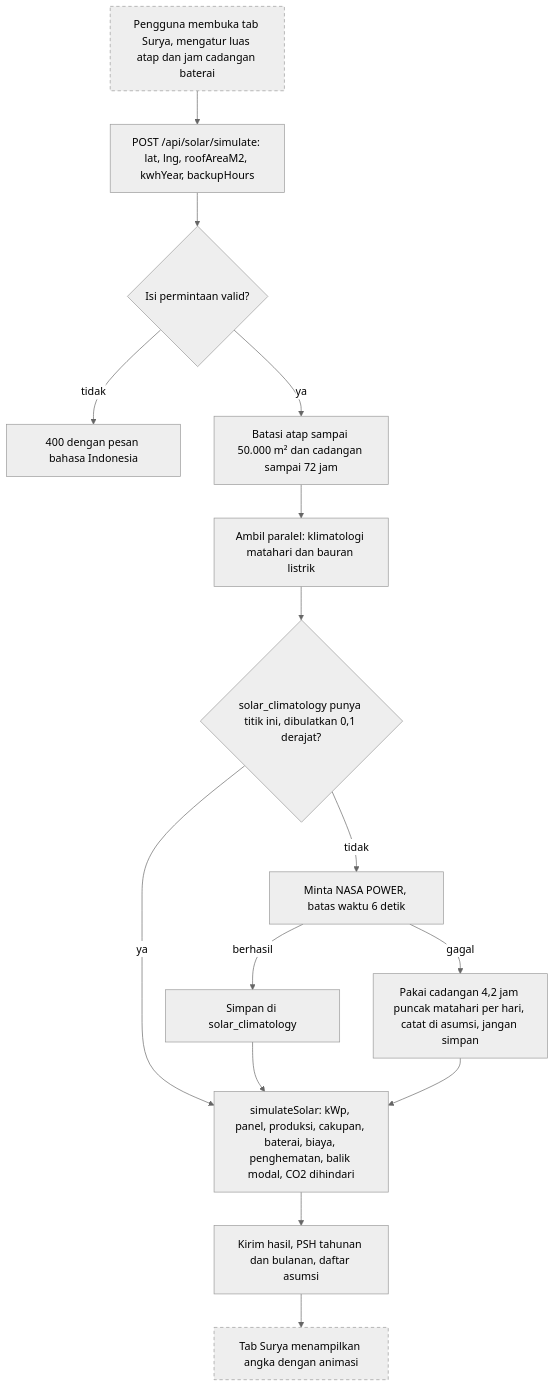
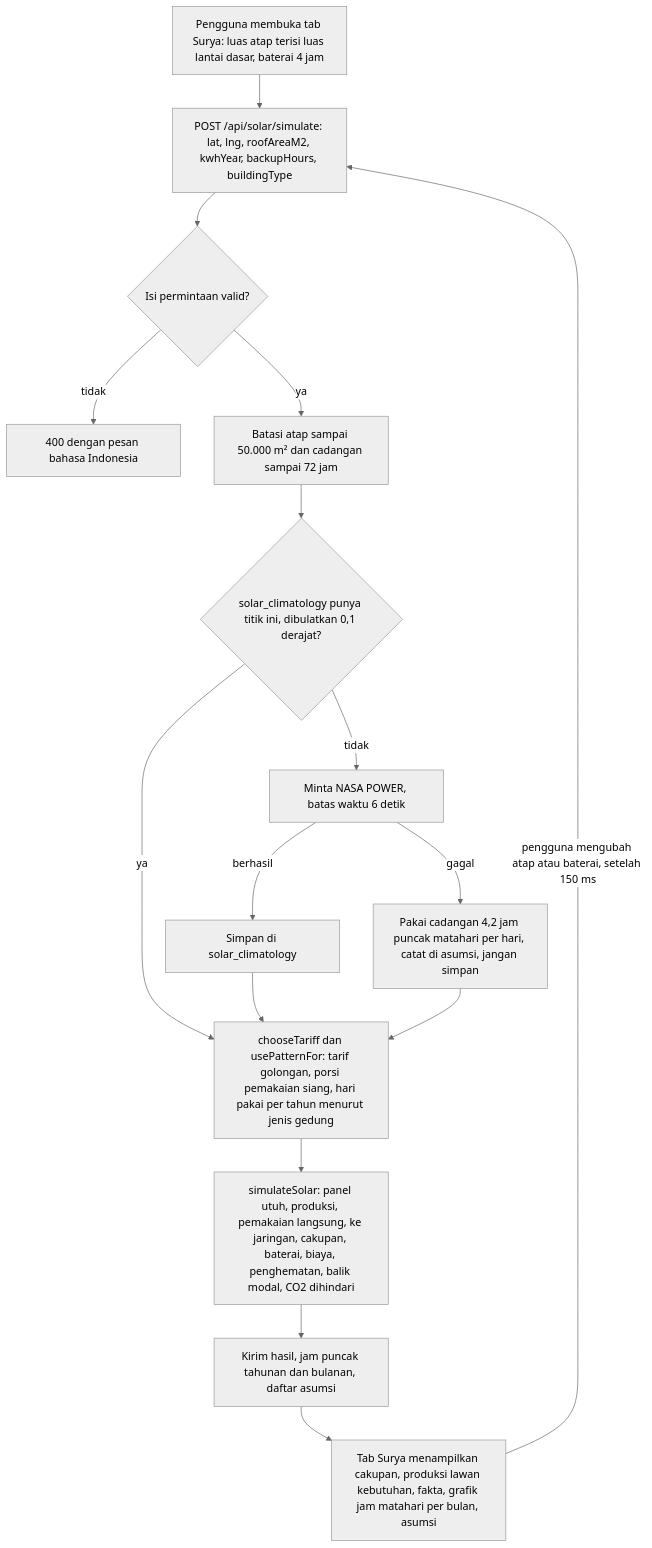
One commit to akhmadqasim/malas-ngoding changed the third of 7 diagrams in docs/technical/flows.md. Above: the diagram before and after it, drawn with Mermaid (neutral theme). The commit also changed other lines of this file and 8 other files, not shown here.

````diff
--- a/docs/technical/flows.md
+++ b/docs/technical/flows.md
@@ -104,20 +108,18 @@
 ```mermaid
 flowchart TD
-  A["Pengguna membuka tab Surya, mengatur luas atap dan jam cadangan baterai"] --> B["POST /api/solar/simulate: lat, lng, roofAreaM2, kwhYear, backupHours"]
+  A["Pengguna membuka tab Surya: luas atap terisi luas lantai dasar, baterai 4 jam"] --> B["POST /api/solar/simulate: lat, lng, roofAreaM2, kwhYear, backupHours, buildingType"]
   B --> C{"Isi permintaan valid?"}
   C -->|tidak| C1["400 dengan pesan bahasa Indonesia"]
   C -->|ya| D["Batasi atap sampai 50.000 m² dan cadangan sampai 72 jam"]
-  D --> E["Ambil paralel: klimatologi matahari dan bauran listrik"]
-  E --> F{"solar_climatology punya titik ini, dibulatkan 0,1 derajat?"}
-  F -->|ya| H
-  F -->|tidak| G["Minta NASA POWER, batas waktu 6 detik"]
+  D --> E{"solar_climatology punya titik ini, dibulatkan 0,1 derajat?"}
+  E -->|ya| H
+  E -->|tidak| G["Minta NASA POWER, batas waktu 6 detik"]
   G -->|berhasil| G1["Simpan di solar_climatology"]
   G1 --> H
   G -->|gagal| G2["Pakai cadangan 4,2 jam puncak matahari per hari, catat di asumsi, jangan simpan"]
   G2 --> H
-  H["simulateSolar: kWp, panel, produksi, cakupan, baterai, biaya, penghematan, balik modal, CO2 dihindari"] --> I["Kirim hasil, PSH tahunan dan bulanan, daftar asumsi"]
-  I --> J["Tab Surya menampilkan angka dengan animasi"]
-
-  classDef pending stroke-dasharray: 5 4
-  class A,J pending
+  H["chooseTariff dan usePatternFor: tarif golongan, porsi pemakaian siang, hari pakai per tahun menurut jenis gedung"] --> I["simulateSolar: panel utuh, produksi, pemakaian langsung, ke jaringan, cakupan, baterai, biaya, penghematan, balik modal, CO2 dihindari"]
+  I --> J["Kirim hasil, jam puncak tahunan dan bulanan, daftar asumsi"]
+  J --> K["Tab Surya menampilkan cakupan, produksi lawan kebutuhan, fakta, grafik jam matahari per bulan, asumsi"]
+  K -->|"pengguna mengubah atap atau baterai, setelah 150 ms"| B
 ```
````
